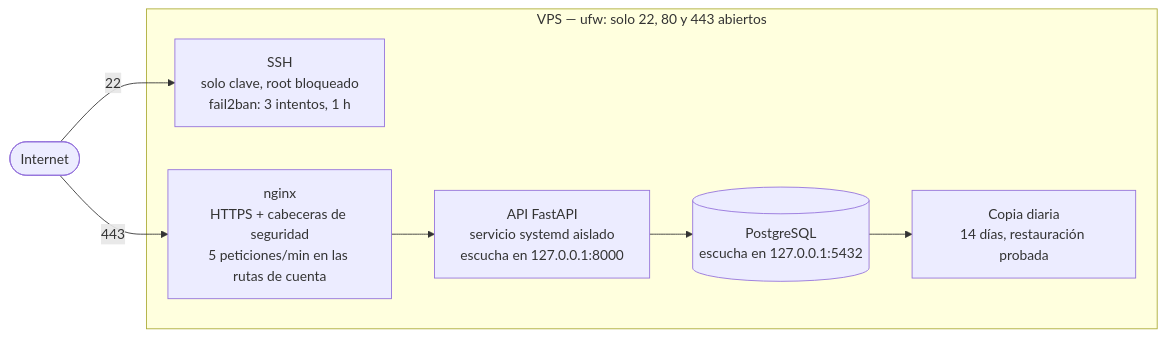
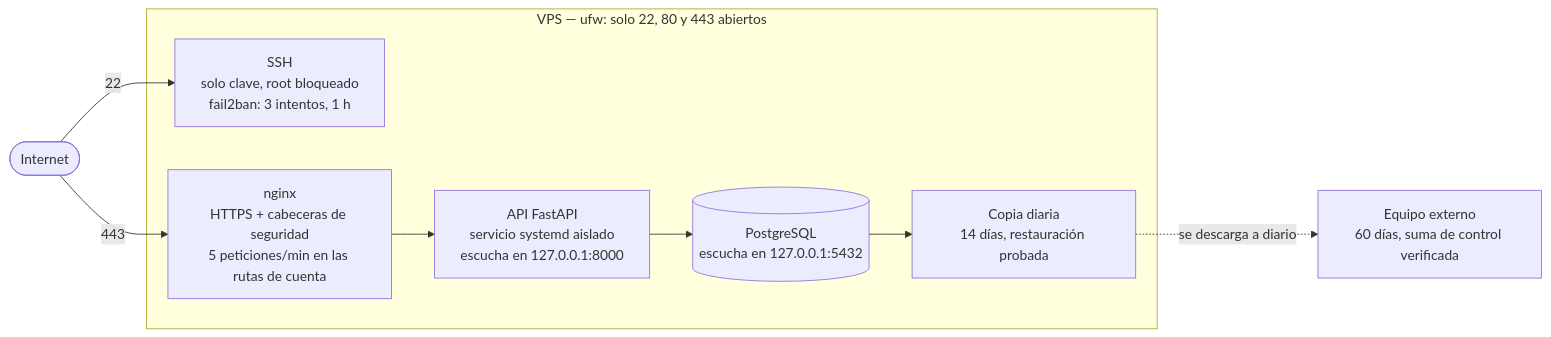
One commit to driandel/vps-hardening-ubuntu changed the diagram in README.md. Above: the diagram before and after it, drawn with Mermaid. The commit also changed other lines of this file and 1 other file, not shown here.

````diff
--- a/README.md
+++ b/README.md
@@ -19,18 +19,21 @@
 ```mermaid
 flowchart LR
   net([Internet])
 
   subgraph vps["VPS — ufw: solo 22, 80 y 443 abiertos"]
     ssh["SSH<br/>solo clave, root bloqueado<br/>fail2ban: 3 intentos, 1 h"]
     ngx["nginx<br/>HTTPS + cabeceras de seguridad<br/>5 peticiones/min en las rutas de cuenta"]
     api["API FastAPI<br/>servicio systemd aislado<br/>escucha en 127.0.0.1:8000"]
     db[("PostgreSQL<br/>escucha en 127.0.0.1:5432")]
     bak["Copia diaria<br/>14 días, restauración probada"]
   end
 
+  pc["Equipo externo<br/>60 días, suma de control verificada"]
+
   net -->|443| ngx
   net -->|22| ssh
   ngx --> api
   api --> db
   db --> bak
+  bak -.->|"se descarga a diario"| pc
 ```
````
